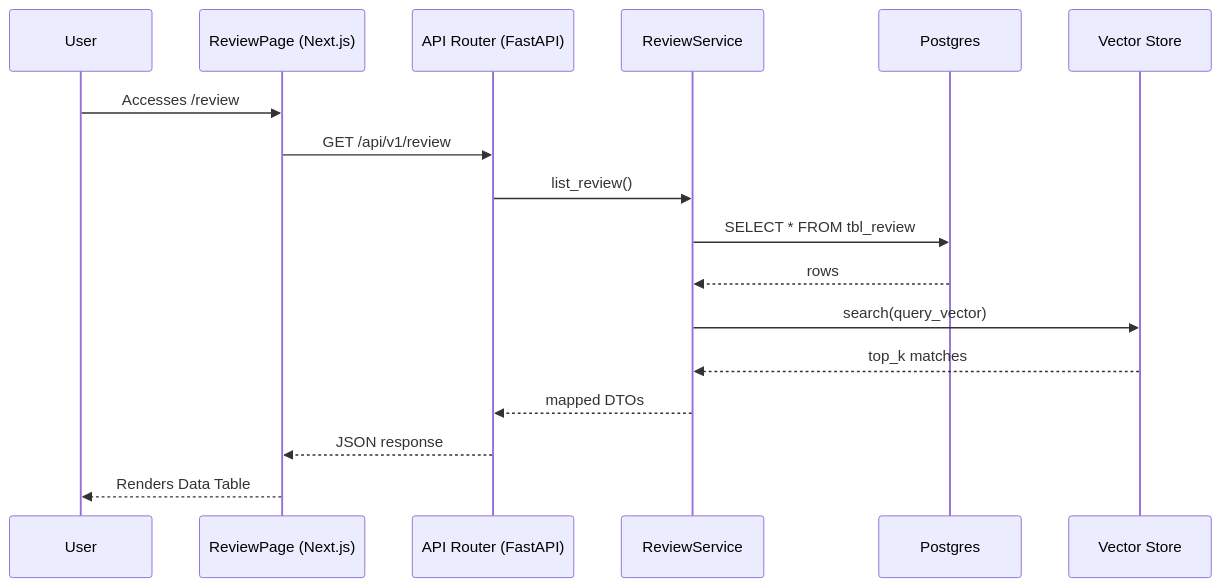
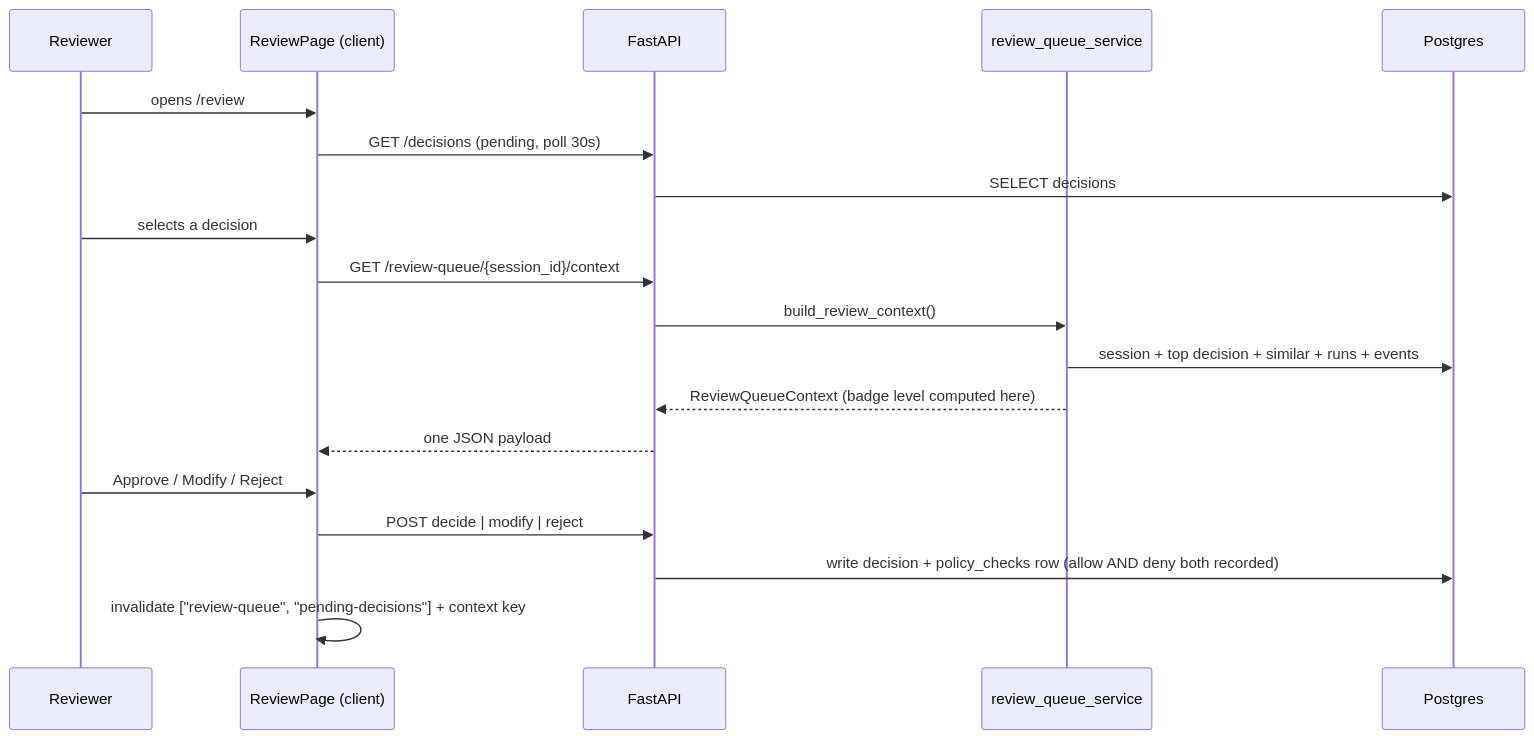
The second of 26 diagrams in docs/11_UI_Tabs_Explanation.md (Valuedx/ContextEdge), drawn with Mermaid before and after one commit. The commit also changed other lines of this file and 48 other files, not shown here.

````diff
--- a/docs/11_UI_Tabs_Explanation.md
+++ b/docs/11_UI_Tabs_Explanation.md
@@ -151,20 +216,22 @@
 ```mermaid
 sequenceDiagram
-    participant User
-    participant Frontend as ReviewPage (Next.js)
-    participant API as API Router (FastAPI)
-    participant Service as ReviewService
+    participant Reviewer
+    participant Page as ReviewPage (client)
+    participant API as FastAPI
+    participant Svc as review_queue_service
     participant DB as Postgres
-    participant Vector as Vector Store
-    
-    User->>Frontend: Accesses /review
-    Frontend->>API: GET /api/v1/review
-    API->>Service: list_review()
-    Service->>DB: SELECT * FROM tbl_review
-    DB-->>Service: rows
-    Service->>Vector: search(query_vector)
-    Vector-->>Service: top_k matches
-    Service-->>API: mapped DTOs
-    API-->>Frontend: JSON response
-    Frontend-->>User: Renders Data Table
+
+    Reviewer->>Page: opens /review
+    Page->>API: GET /decisions (pending, poll 30s)
+    API->>DB: SELECT decisions
+    Reviewer->>Page: selects a decision
+    Page->>API: GET /review-queue/{session_id}/context
+    API->>Svc: build_review_context()
+    Svc->>DB: session + top decision + similar + runs + events
+    Svc-->>API: ReviewQueueContext (badge level computed here)
+    API-->>Page: one JSON payload
+    Reviewer->>Page: Approve / Modify / Reject
+    Page->>API: POST decide | modify | reject
+    API->>DB: write decision + policy_checks row (allow AND deny both recorded)
+    Page->>Page: invalidate ["review-queue", "pending-decisions"] + context key
 ```
````
